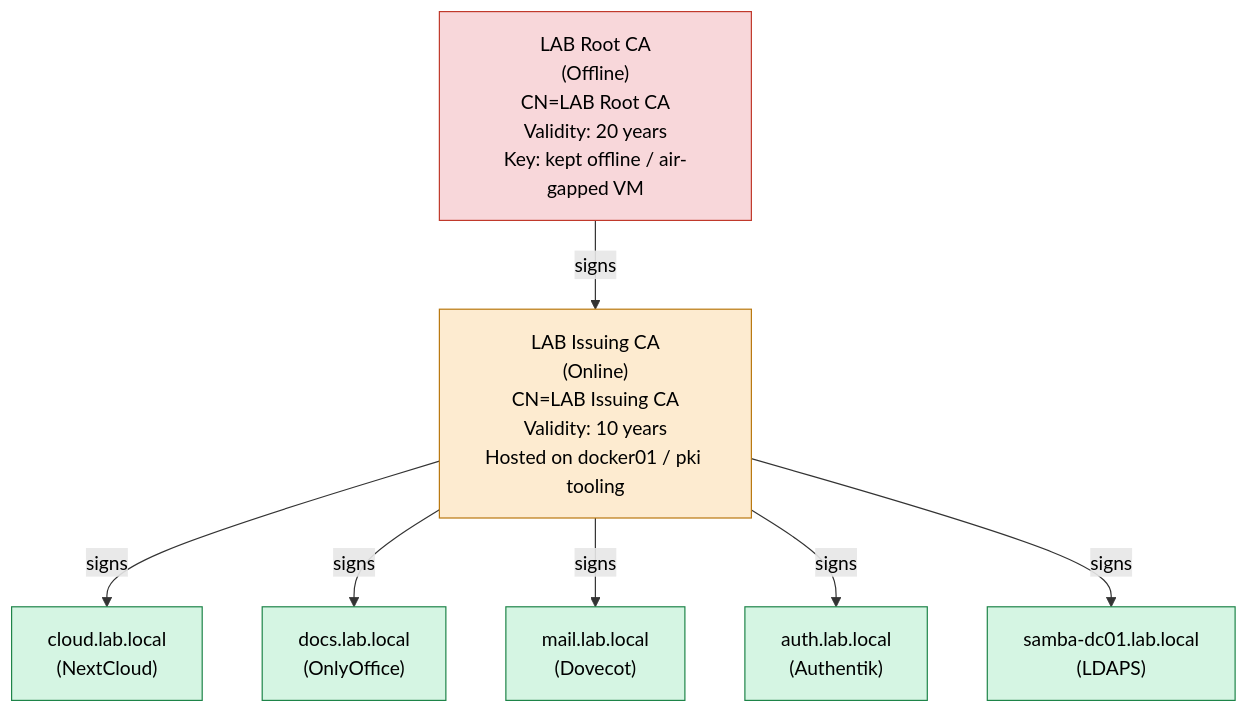
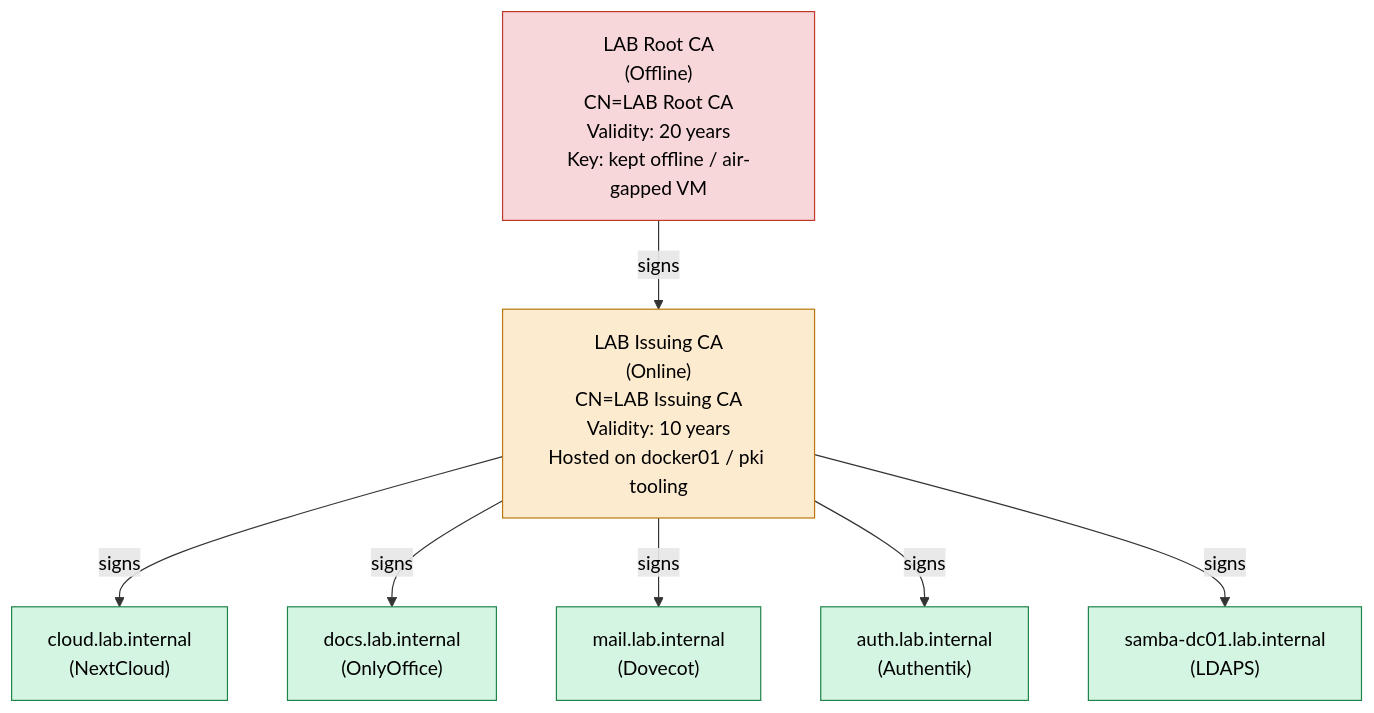
One commit to LibreOpsLab/lab-small-business changed the first of 2 diagrams in diagrams/cert-trust-chain.md. Above: the diagram before and after it, drawn with Mermaid. The commit also changed 105 other files, not shown here.

````diff
--- a/diagrams/cert-trust-chain.md
+++ b/diagrams/cert-trust-chain.md
@@ -8,24 +8,24 @@
 ```mermaid
 flowchart TD
     ROOT["LAB Root CA\n(Offline)\nCN=LAB Root CA\nValidity: 20 years\nKey: kept offline / air-gapped VM"]
     INT["LAB Issuing CA\n(Online)\nCN=LAB Issuing CA\nValidity: 10 years\nHosted on docker01 / pki tooling"]
-    LEAF1["cloud.lab.local\n(NextCloud)"]
-    LEAF2["docs.lab.local\n(OnlyOffice)"]
-    LEAF3["mail.lab.local\n(Dovecot)"]
-    LEAF4["auth.lab.local\n(Authentik)"]
-    LEAF5["samba-dc01.lab.local\n(LDAPS)"]
+    LEAF1["cloud.lab.internal\n(NextCloud)"]
+    LEAF2["docs.lab.internal\n(OnlyOffice)"]
+    LEAF3["mail.lab.internal\n(Dovecot)"]
+    LEAF4["auth.lab.internal\n(Authentik)"]
+    LEAF5["samba-dc01.lab.internal\n(LDAPS)"]
 
     ROOT -->|signs| INT
     INT -->|signs| LEAF1
     INT -->|signs| LEAF2
     INT -->|signs| LEAF3
     INT -->|signs| LEAF4
     INT -->|signs| LEAF5
 
     classDef root fill:#f8d7da,stroke:#c0392b,color:#000
     classDef int fill:#fdebd0,stroke:#b9770e,color:#000
     classDef leaf fill:#d5f5e3,stroke:#1e8449,color:#000
     class ROOT root
     class INT int
     class LEAF1,LEAF2,LEAF3,LEAF4,LEAF5 leaf
 ```
````
